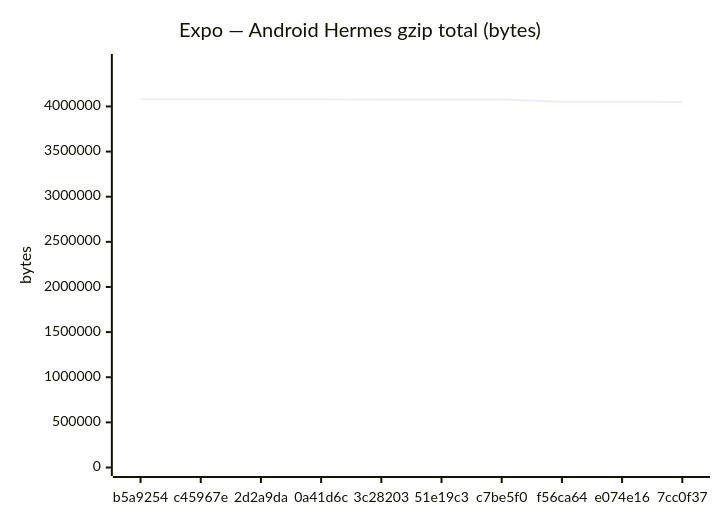
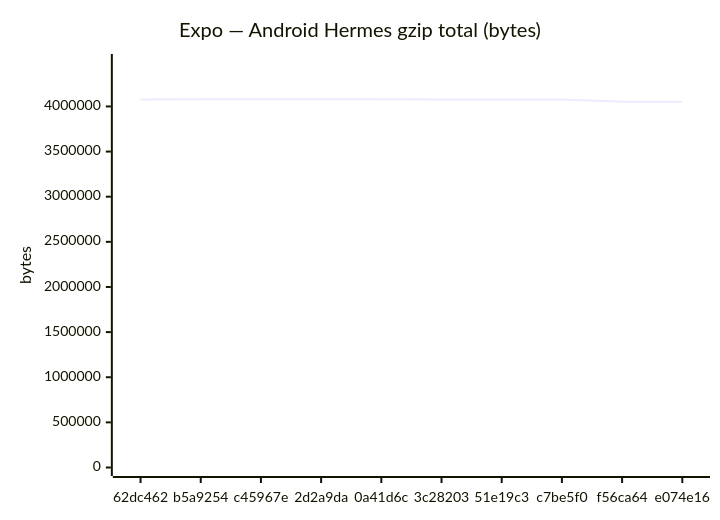
One commit to Metaheurist/Rianell changed the fifth of 18 diagrams in benchmarks/compare.md. Above: the diagram before and after it, drawn with Mermaid. The commit also changed other lines of this file and 11 other files, not shown here.

````diff
--- a/benchmarks/compare.md
+++ b/benchmarks/compare.md
@@ -89,7 +89,7 @@
 ```mermaid
 xychart-beta
     title "Expo — Android Hermes gzip total (bytes)"
-    x-axis ["b5a9254", "c45967e", "2d2a9da", "0a41d6c", "3c28203", "51e19c3", "c7be5f0", "f56ca64", "e074e16", "7cc0f37"]
+    x-axis ["62dc462", "b5a9254", "c45967e", "2d2a9da", "0a41d6c", "3c28203", "51e19c3", "c7be5f0", "f56ca64", "e074e16"]
     y-axis "bytes" 0 --> 4486787
-    line [4078885, 4078896, 4078895, 4078897, 4076071, 4075584, 4075582, 4052821, 4052813, 4049448]
+    line [4077340, 4078885, 4078896, 4078895, 4078897, 4076071, 4075584, 4075582, 4052821, 4052813]
 ```
````
